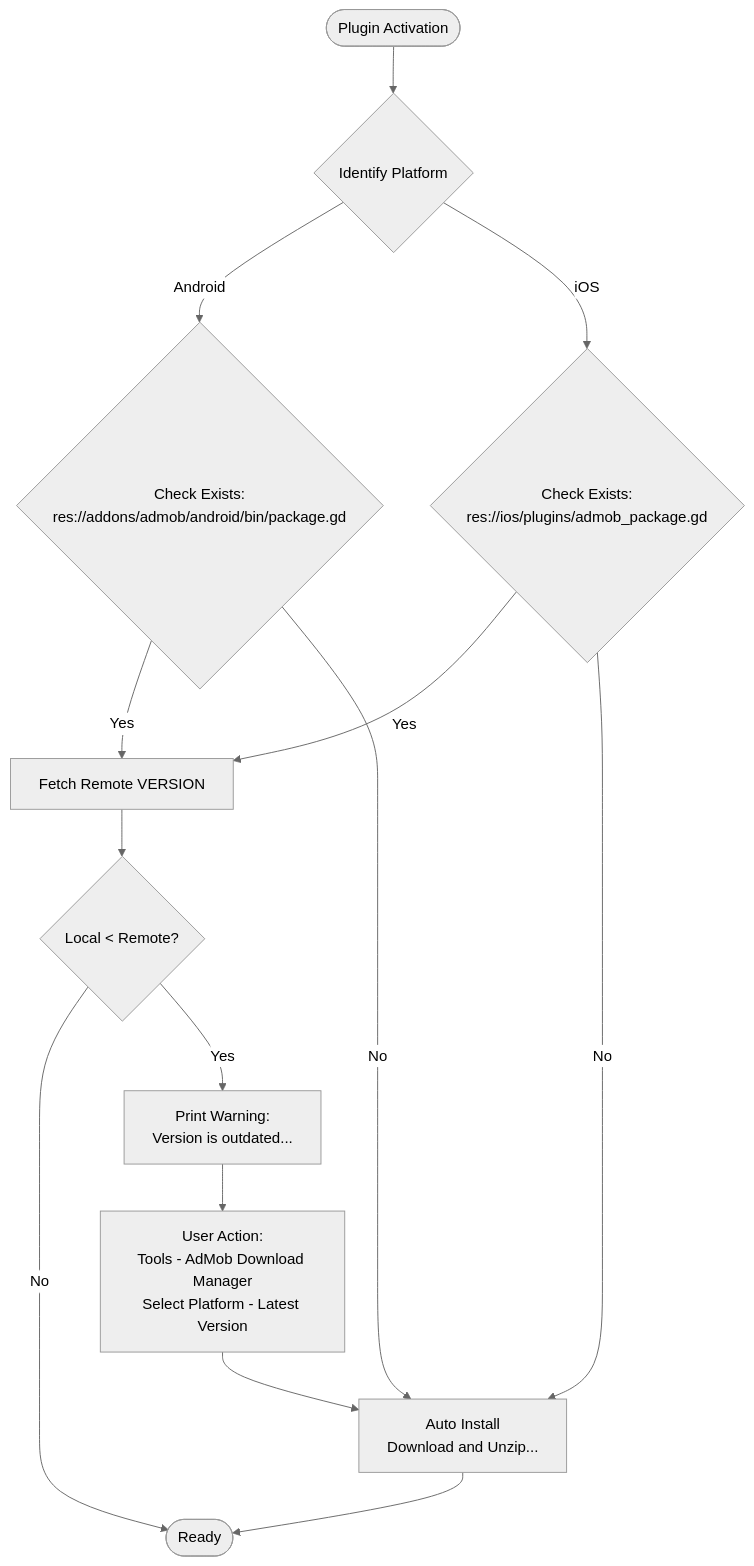
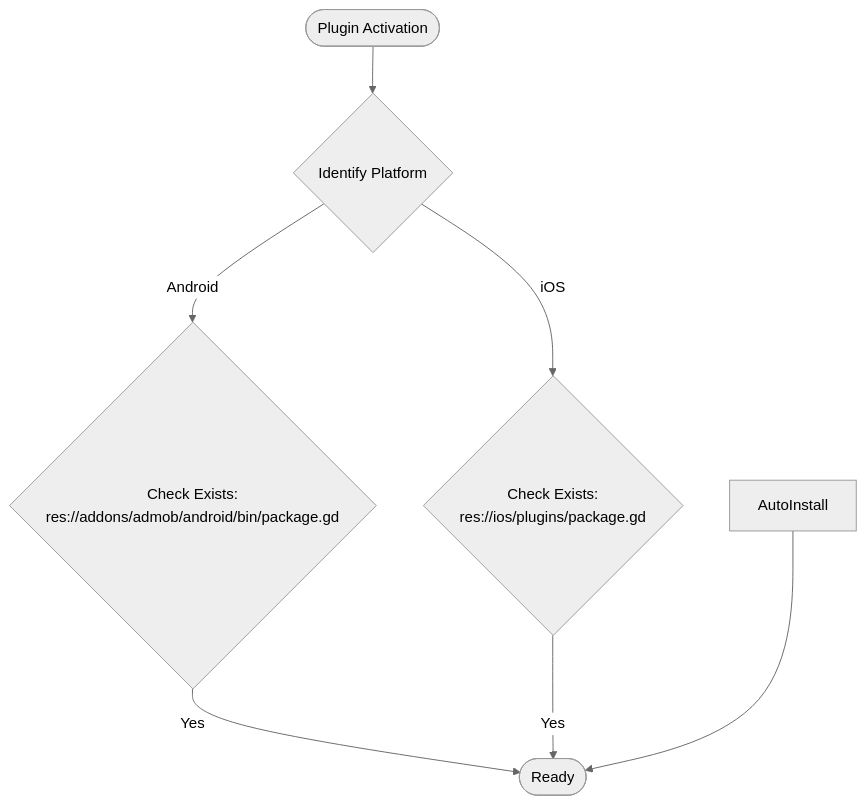
The diagram in addons/admob/docs/architecture/lifecycle.md (Xecto75/gloopy-ascend), drawn with Mermaid (neutral theme) before and after one commit. The commit also changed other lines of this file and 280 other files, not shown here.

````diff
--- a/addons/admob/docs/architecture/lifecycle.md
+++ b/addons/admob/docs/architecture/lifecycle.md
@@ -31,22 +27,13 @@
 ```mermaid
 graph TD
 	Start([Plugin Activation]) --> IdentifyPlatform{Identify Platform}
 
 	IdentifyPlatform -- Android --> CheckAndroid{Check Exists:<br/>res://addons/admob/android/bin/package.gd}
-	IdentifyPlatform -- iOS --> CheckIOS{Check Exists:<br/>res://ios/plugins/admob_package.gd}
+	IdentifyPlatform -- iOS --> CheckIOS{Check Exists:<br/>res://ios/plugins/package.gd}
 
-	CheckAndroid -- Yes --> FetchRemote[Fetch Remote VERSION]
-	CheckIOS -- Yes --> FetchRemote
+	CheckAndroid -- Yes --> Ready([Ready])
+	CheckIOS -- Yes --> Ready
 
-	CheckAndroid -- No --> AutoInstall[Auto Install<br/>Download and Unzip...]
-	CheckIOS -- No --> AutoInstall
-
-	FetchRemote --> Compare{Local < Remote?}
-	Compare -- No --> Ready([Ready])
-	Compare -- Yes --> Warning[Print Warning:<br/>Version is outdated...]
-
-	Warning --> UserUpdate[User Action:<br/>Tools - AdMob Download Manager<br/>Select Platform - Latest Version]
-	UserUpdate --> AutoInstall
 
 	AutoInstall --> Ready
 ```
````
